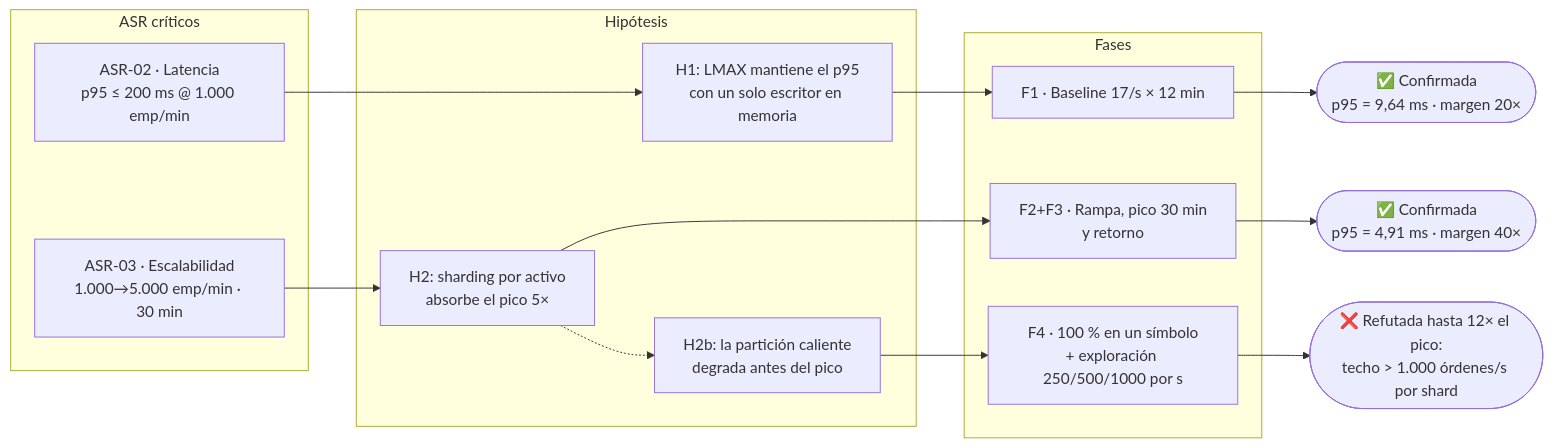
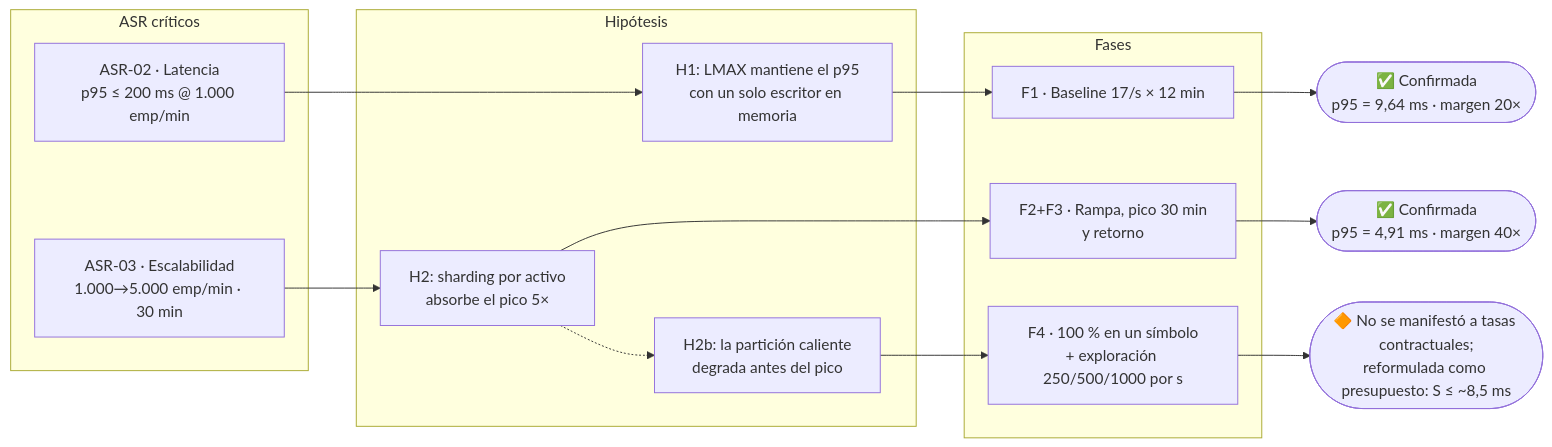
Before and after one commit to MATI-MBIT/arqsoft-reto-1: the first of 8 diagrams in docs/experimento-e01.md, drawn with Mermaid. The commit also changed other lines of this file, not shown here.

````diff
--- a/docs/experimento-e01.md
+++ b/docs/experimento-e01.md
@@ -13,23 +15,23 @@
 ```mermaid
 flowchart LR
     subgraph ASRs["ASR críticos"]
       A2["ASR-02 · Latencia\np95 ≤ 200 ms @ 1.000 emp/min"]
       A3["ASR-03 · Escalabilidad\n1.000→5.000 emp/min · 30 min"]
     end
     subgraph Hipotesis["Hipótesis"]
       H1["H1: LMAX mantiene el p95\ncon un solo escritor en memoria"]
       H2["H2: sharding por activo\nabsorbe el pico 5×"]
       H2b["H2b: la partición caliente\ndegrada antes del pico"]
     end
     subgraph Fases["Fases"]
       F1["F1 · Baseline 17/s × 12 min"]
       F2["F2+F3 · Rampa, pico 30 min\ny retorno"]
       F4["F4 · 100 % en un símbolo\n+ exploración 250/500/1000 por s"]
     end
     A2 --> H1 --> F1
     A3 --> H2 --> F2
     H2 -.-> H2b --> F4
     F1 --> V1(["✅ Confirmada\np95 = 9,64 ms · margen 20×"])
     F2 --> V2(["✅ Confirmada\np95 = 4,91 ms · margen 40×"])
-    F4 --> V3(["❌ Refutada hasta 12× el pico:\ntecho > 1.000 órdenes/s por shard"])
+    F4 --> V3(["🔶 No se manifestó a tasas contractuales;\nreformulada como presupuesto: S ≤ ~8,5 ms"])
 ```
````
